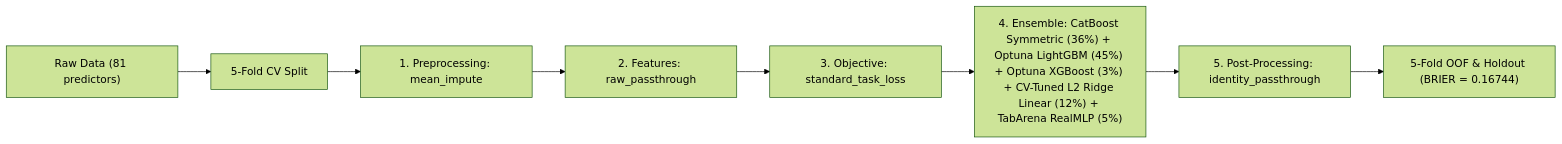
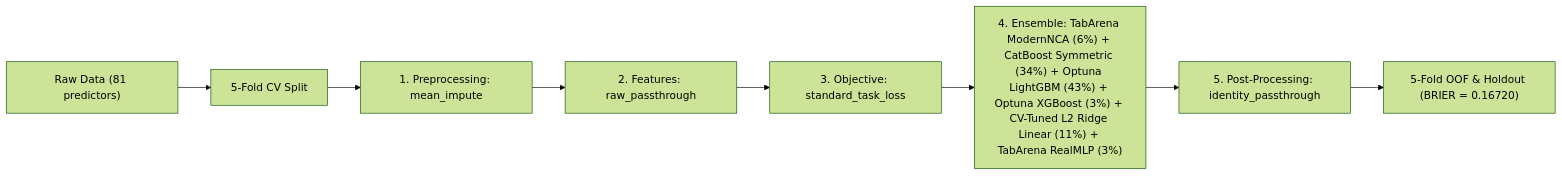
The diagram in README.md (stefanoclss/March-Machine-Learning-Mania-2026), drawn with Mermaid (forest theme) before and after one commit. The commit also changed other lines of this file, not shown here.

First line of the commit message:
docs(readme): refresh verified OOF benchmark & build ledger (BRIER=0.16720)

````diff
--- a/README.md
+++ b/README.md
@@ -75,10 +77,10 @@
 ```mermaid
 flowchart LR
     DATA["Raw Data (81 predictors)"] --> SPLIT["5-Fold CV Split"]
     SPLIT --> PRE["1. Preprocessing: mean_impute"]
     PRE --> FEAT["2. Features: raw_passthrough"]
     FEAT --> OBJ["3. Objective: standard_task_loss"]
-    OBJ --> M0["4. Ensemble: CatBoost Symmetric (36%) + Optuna LightGBM (45%) + Optuna XGBoost (3%) + CV-Tuned L2 Ridge Linear (12%) + TabArena RealMLP (5%)"]
+    OBJ --> M0["4. Ensemble: TabArena ModernNCA (6%) + CatBoost Symmetric (34%) + Optuna LightGBM (43%) + Optuna XGBoost (3%) + CV-Tuned L2 Ridge Linear (11%) + TabArena RealMLP (3%)"]
     M0 --> POST["5. Post-Processing: identity_passthrough"]
-    POST --> OUT["5-Fold OOF & Holdout (BRIER = 0.16744)"]
+    POST --> OUT["5-Fold OOF & Holdout (BRIER = 0.16720)"]
 ```
````
